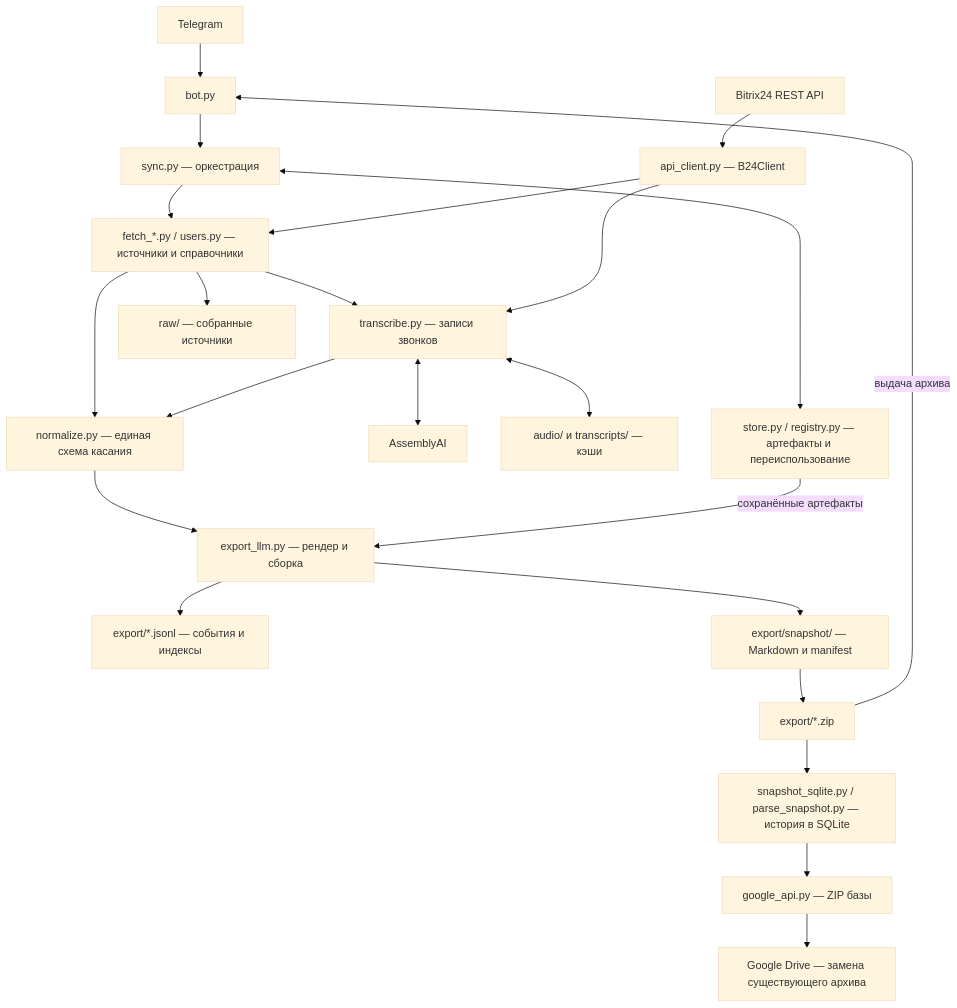
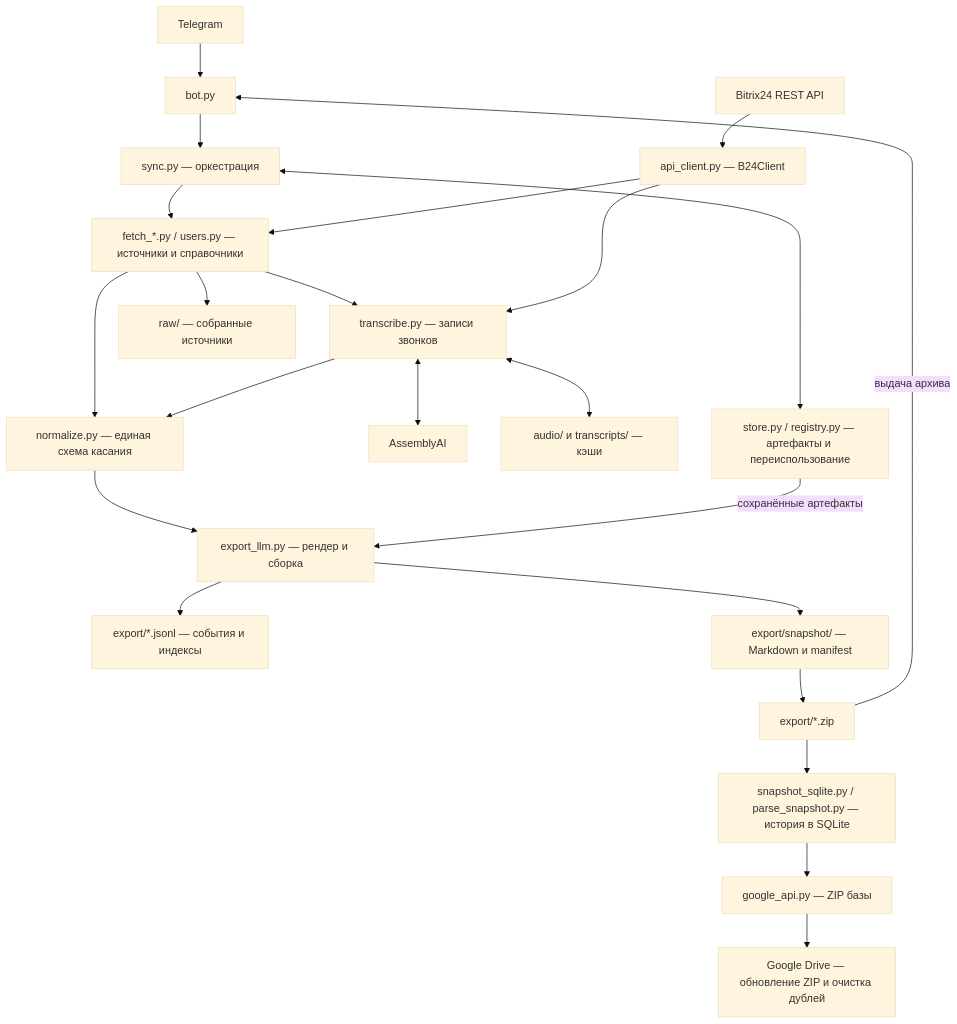
The diagram in README.md (partizan-code/bitrix-export), drawn with Mermaid (base theme) before and after one commit. The commit also changed other lines of this file and 11 other files, not shown here.

Commit message:
Добавить очистку архивов и обновление ZIP на Google Drive

````diff
--- a/README.md
+++ b/README.md
@@ -64,25 +64,25 @@
 ```mermaid
 flowchart TD
     TG["Telegram"] --> BOT["bot.py"]
     BOT --> SYNC["sync.py — оркестрация"]
     SYNC --> FETCH["fetch_*.py / users.py — источники и справочники"]
     B24["Bitrix24 REST API"] --> CLIENT["api_client.py — B24Client"]
     CLIENT --> FETCH
     FETCH --> NORM["normalize.py — единая схема касания"]
     FETCH --> TR["transcribe.py — записи звонков"]
     CLIENT --> TR
     TR <--> AA["AssemblyAI"]
     TR <--> CACHE["audio/ и transcripts/ — кэши"]
     TR --> NORM
     FETCH --> RAW["raw/ — собранные источники"]
     SYNC <--> STORE["store.py / registry.py — артефакты и переиспользование"]
     NORM --> OUT["export_llm.py — рендер и сборка"]
     STORE -->|"сохранённые артефакты"| OUT
     OUT --> JSONL["export/*.jsonl — события и индексы"]
     OUT --> SNAP["export/snapshot/ — Markdown и manifest"]
     SNAP --> ZIP["export/*.zip"]
     ZIP --> SQL["snapshot_sqlite.py / parse_snapshot.py — история в SQLite"]
     SQL --> DBZIP["google_api.py — ZIP базы"]
-    DBZIP --> DRIVE["Google Drive — замена существующего архива"]
+    DBZIP --> DRIVE["Google Drive — обновление ZIP и очистка дублей"]
     ZIP -->|"выдача архива"| BOT
 ```
````
